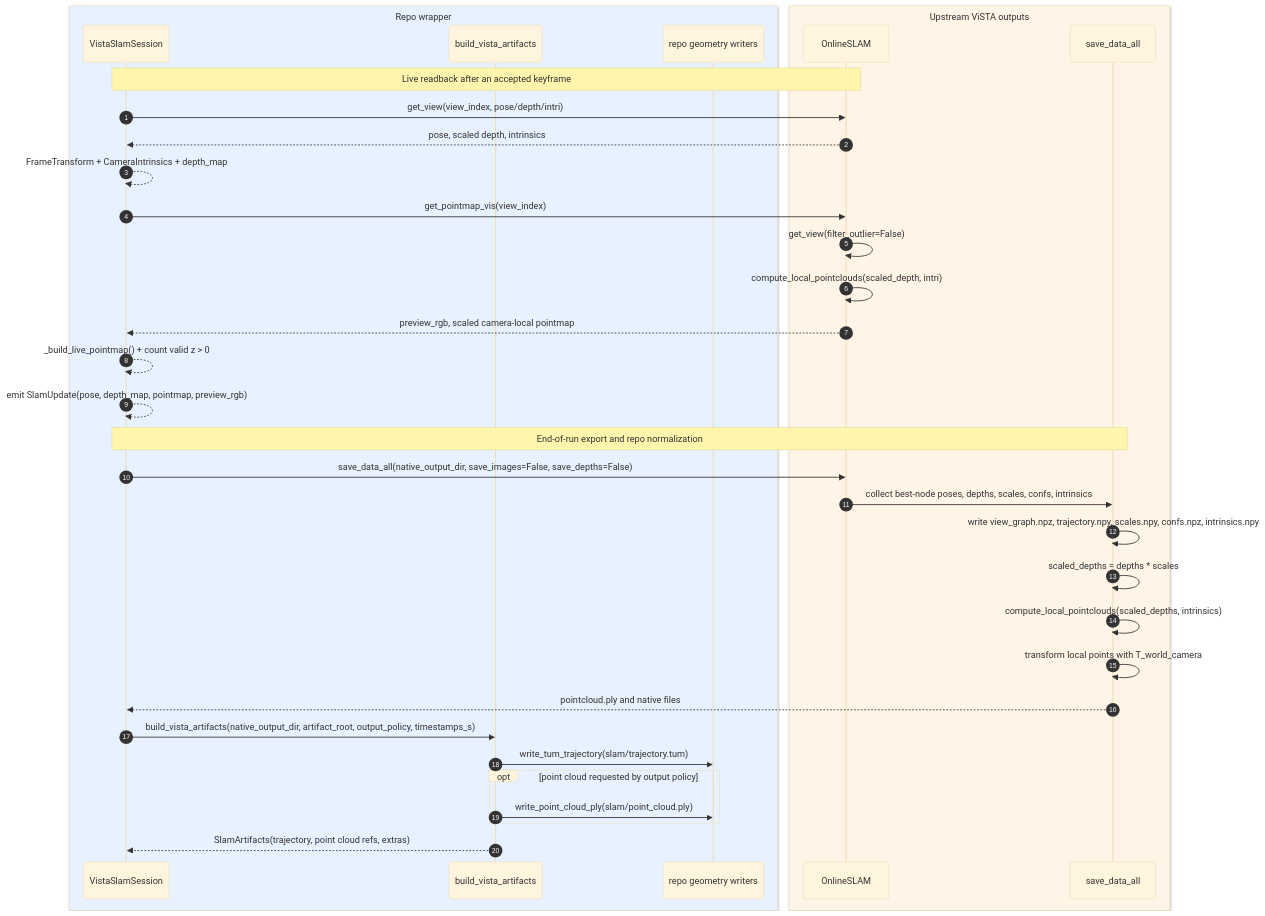
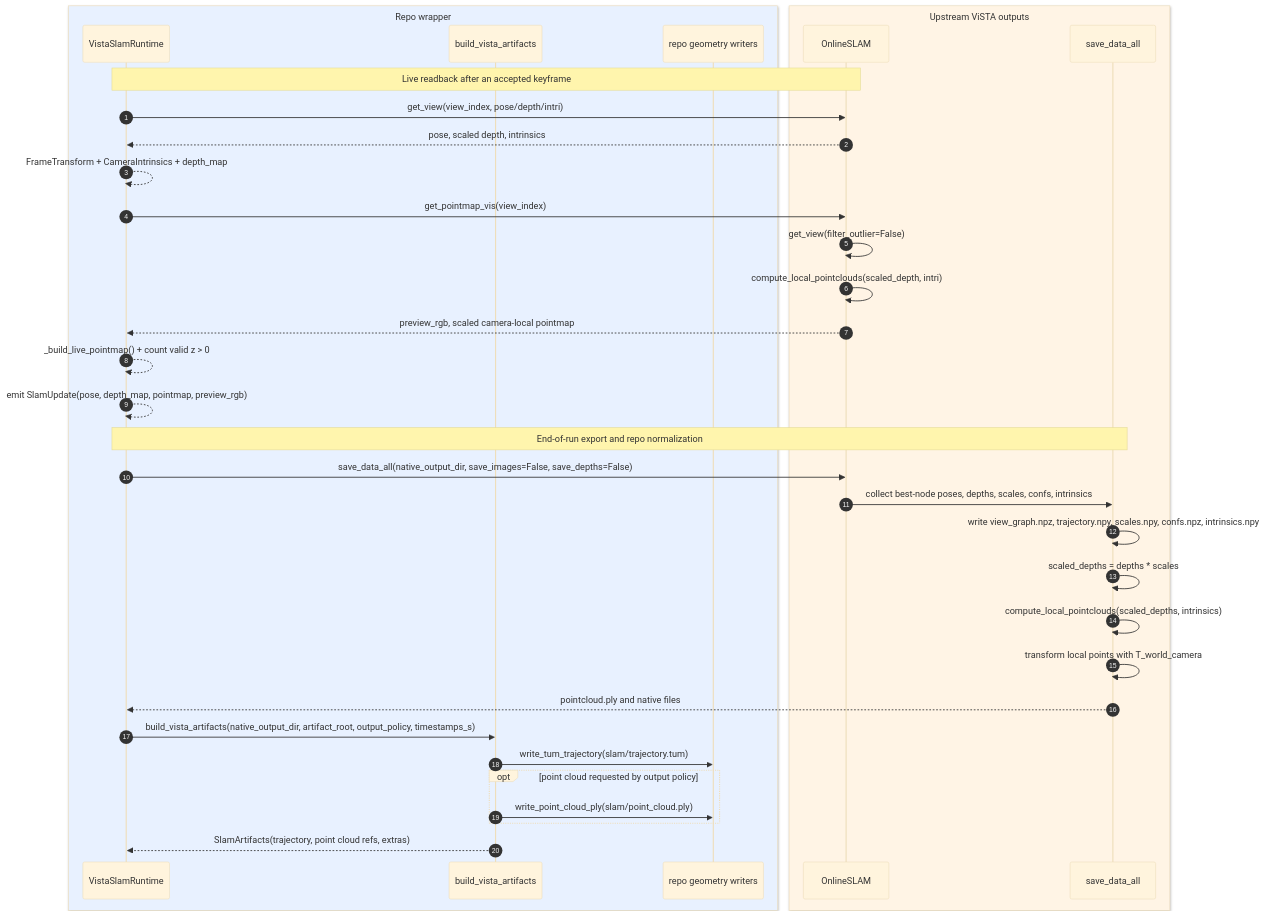
The diagram in docs/figures/mermaid/vista/vista_postprocessing_sequence.mmd (JanDuchscherer104/prml-vslam), drawn with Mermaid before and after one commit. The commit also changed 24 other files, not shown here.

```diff
--- a/docs/figures/mermaid/vista/vista_postprocessing_sequence.mmd
+++ b/docs/figures/mermaid/vista/vista_postprocessing_sequence.mmd
@@ -1,49 +1,49 @@
 %%{init: {
   "theme": "base",
   "themeVariables": {
     "fontSize": "24px",
     "actorFontSize": "24px",
     "messageFontSize": "20px",
     "noteFontSize": "18px",
     "sequenceNumberFontSize": "18px"
   }
 }}%%
 sequenceDiagram
     autonumber
 
     box rgb(232, 241, 255) Repo wrapper
-        participant Caller as VistaSlamSession
+        participant Caller as VistaSlamRuntime
         participant Normalize as build_vista_artifacts
         participant Writers as repo geometry writers
     end
 
     box rgb(255, 244, 229) Upstream ViSTA outputs
         participant Slam as OnlineSLAM
         participant Export as save_data_all
     end
 
     Note over Caller,Slam: Live readback after an accepted keyframe
     Caller->>Slam: get_view(view_index, pose/depth/intri)
     Slam-->>Caller: pose, scaled depth, intrinsics
     Caller-->>Caller: FrameTransform + CameraIntrinsics + depth_map
     Caller->>Slam: get_pointmap_vis(view_index)
     Slam->>Slam: get_view(filter_outlier=False)
     Slam->>Slam: compute_local_pointclouds(scaled_depth, intri)
     Slam-->>Caller: preview_rgb, scaled camera-local pointmap
     Caller-->>Caller: _build_live_pointmap() + count valid z > 0
     Caller-->>Caller: emit SlamUpdate(pose, depth_map, pointmap, preview_rgb)
 
     Note over Caller,Export: End-of-run export and repo normalization
     Caller->>Slam: save_data_all(native_output_dir, save_images=False, save_depths=False)
     Slam->>Export: collect best-node poses, depths, scales, confs, intrinsics
     Export->>Export: write view_graph.npz, trajectory.npy, scales.npy, confs.npz, intrinsics.npy
     Export->>Export: scaled_depths = depths * scales
     Export->>Export: compute_local_pointclouds(scaled_depths, intrinsics)
     Export->>Export: transform local points with T_world_camera
     Export-->>Caller: pointcloud.ply and native files
     Caller->>Normalize: build_vista_artifacts(native_output_dir, artifact_root, output_policy, timestamps_s)
     Normalize->>Writers: write_tum_trajectory(slam/trajectory.tum)
     opt point cloud requested by output policy
         Normalize->>Writers: write_point_cloud_ply(slam/point_cloud.ply)
     end
     Normalize-->>Caller: SlamArtifacts(trajectory, point cloud refs, extras)
```
